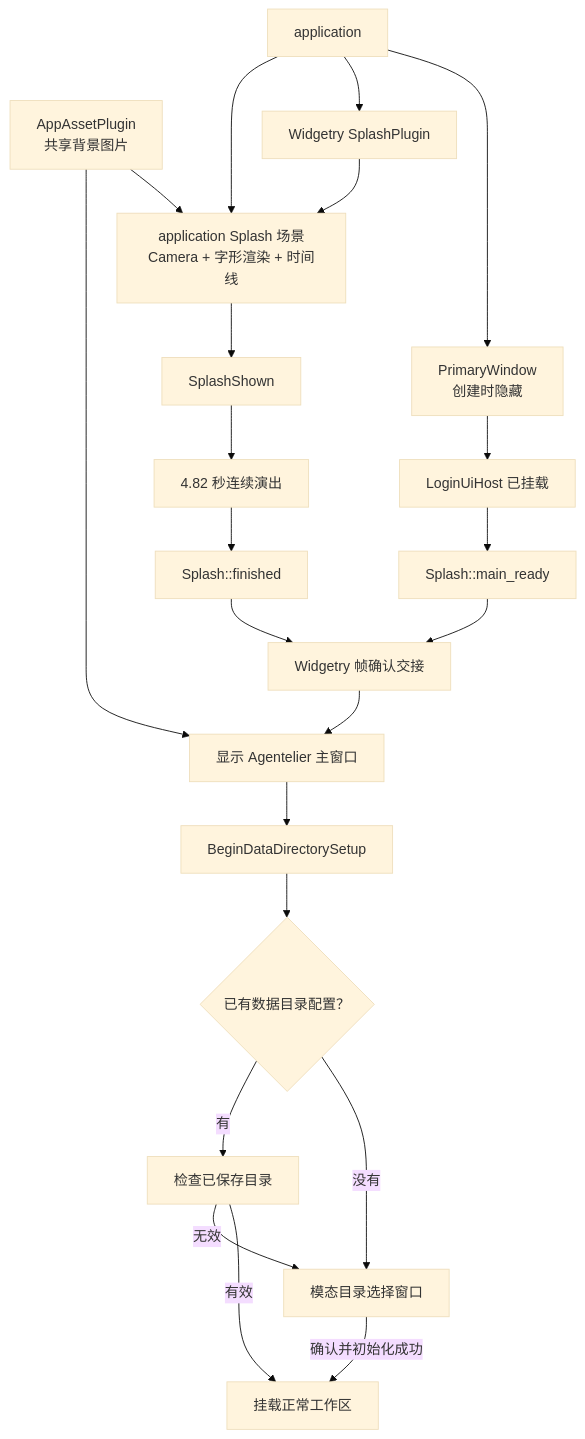
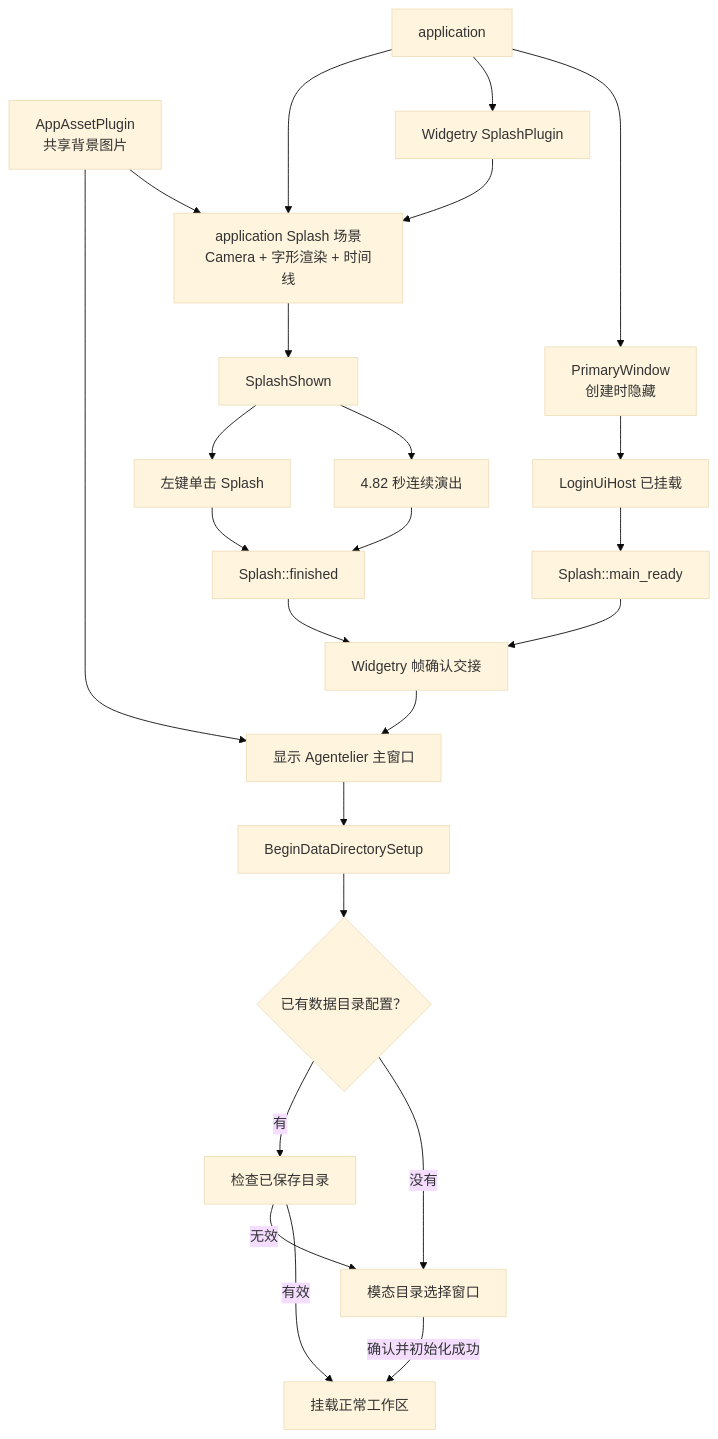
Before and after one commit to slc90/Agentelier: the diagram in docs/design/modules/splash.md, drawn with Mermaid (base theme). The commit also changed other lines of this file and 79 other files, not shown here.

````diff
--- a/docs/design/modules/splash.md
+++ b/docs/design/modules/splash.md
@@ -11,37 +11,39 @@
 ```mermaid
 flowchart TD
     App["application"]
     Assets["AppAssetPlugin<br/>共享背景图片"]
     Main["PrimaryWindow<br/>创建时隐藏"]
     SplashPlugin["Widgetry SplashPlugin"]
     Scene["application Splash 场景<br/>Camera + 字形渲染 + 时间线"]
     HostReady["LoginUiHost 已挂载"]
     MainReady["Splash::main_ready"]
     Shown["SplashShown"]
     Timeline["4.82 秒连续演出"]
+    Skip["左键单击 Splash"]
     Finished["Splash::finished"]
     Handoff["Widgetry 帧确认交接"]
     MainUI["显示 Agentelier 主窗口"]
     BeginSetup["BeginDataDirectorySetup"]
     Directory{"已有数据目录配置？"}
     Picker["模态目录选择窗口"]
     Check["检查已保存目录"]
     Workspace["挂载正常工作区"]
 
     App --> Main
     App --> SplashPlugin
     App --> Scene
     Assets --> Scene
     Assets --> MainUI
     Main --> HostReady --> MainReady
     SplashPlugin --> Scene
     Scene --> Shown --> Timeline --> Finished
+    Shown --> Skip --> Finished
     MainReady --> Handoff
     Finished --> Handoff
     Handoff --> MainUI --> BeginSetup --> Directory
     Directory -->|没有| Picker
     Directory -->|有| Check
     Check -->|有效| Workspace
     Check -->|无效| Picker
     Picker -->|确认并初始化成功| Workspace
 ```
````
